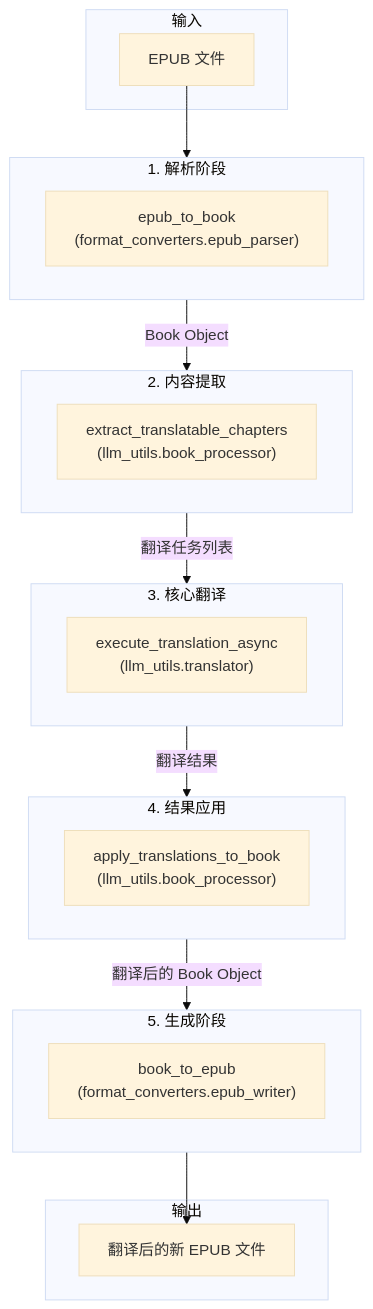
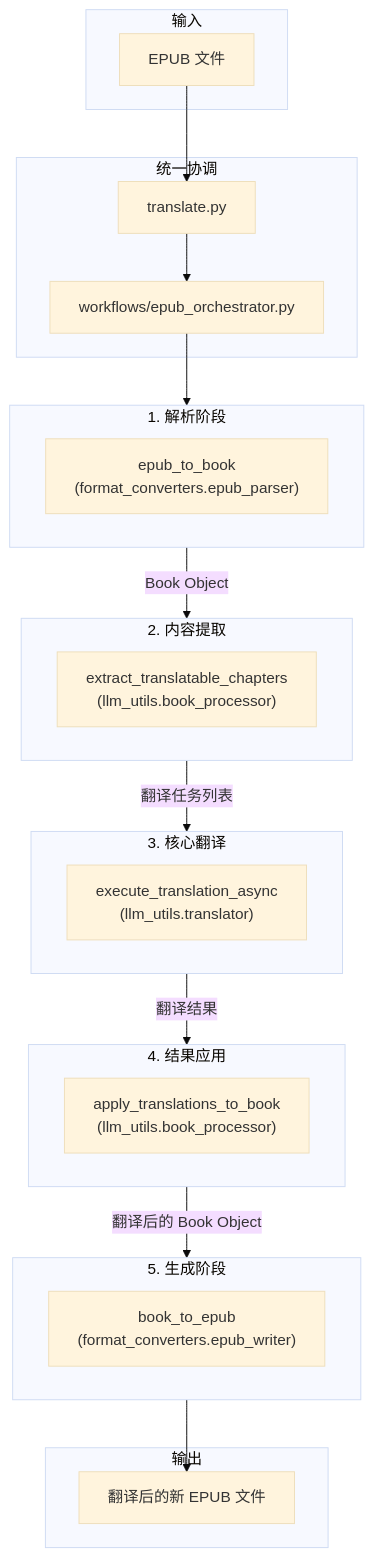
The diagram in docs/workflow1.mmd (kuniyao/MultiMediaGenAI), drawn with Mermaid (base theme) before and after one commit. The commit also changed 6 other files, not shown here.

```diff
--- a/docs/workflow1.mmd
+++ b/docs/workflow1.mmd
@@ -1,35 +1,42 @@
 graph TD;
     subgraph Input [输入]
         A[EPUB 文件]
+    end
+
+    subgraph Orchestration [统一协调]
+        O1[translate.py]
+        O2[workflows/epub_orchestrator.py]
     end
 
     subgraph Parsing [1. 解析阶段]
         direction LR
         B1["epub_to_book<br>(format_converters.epub_parser)"]
     end
 
     subgraph Extraction [2. 内容提取]
         direction LR
         C1["extract_translatable_chapters<br>(llm_utils.book_processor)"]
     end
     
     subgraph Translation [3. 核心翻译]
         direction LR
         D1["execute_translation_async<br>(llm_utils.translator)"]
     end
 
     subgraph Application [4. 结果应用]
         direction LR
         E1["apply_translations_to_book<br>(llm_utils.book_processor)"]
     end
 
     subgraph Writing [5. 生成阶段]
         direction LR
         F1["book_to_epub<br>(format_converters.epub_writer)"]
     end
 
     subgraph Output [输出]
         G[翻译后的新 EPUB 文件]
     end
 
-    A --> B1 -- Book Object --> C1 -- 翻译任务列表 --> D1 -- 翻译结果 --> E1 -- 翻译后的 Book Object --> F1 --> G;
+    A --> O1 --> O2;
+    O2 --> B1;
+    B1 -- Book Object --> C1 -- 翻译任务列表 --> D1 -- 翻译结果 --> E1 -- 翻译后的 Book Object --> F1 --> G;
```
